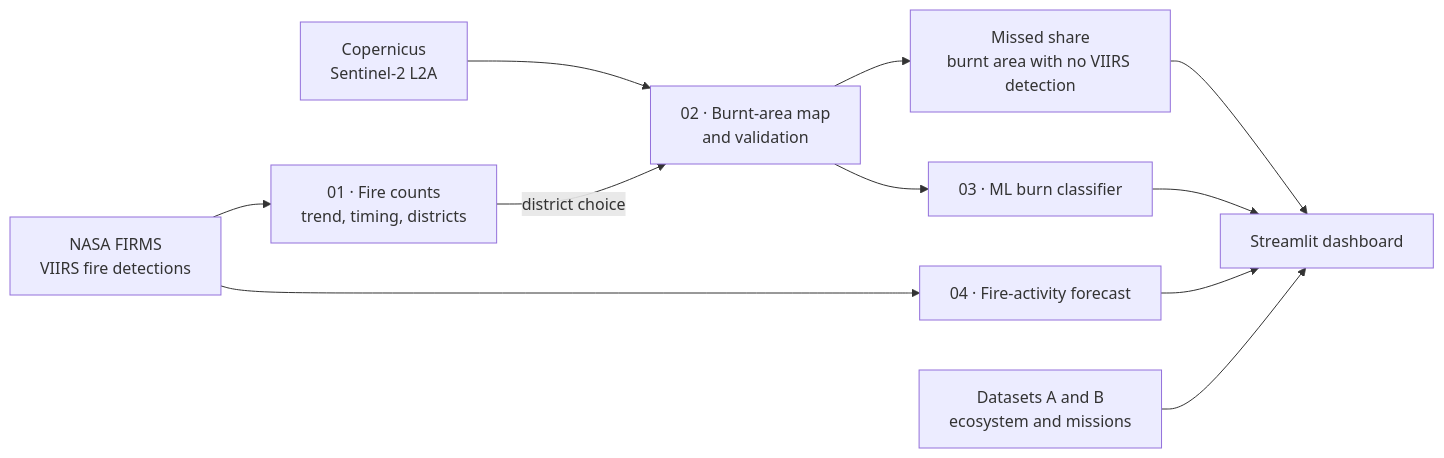
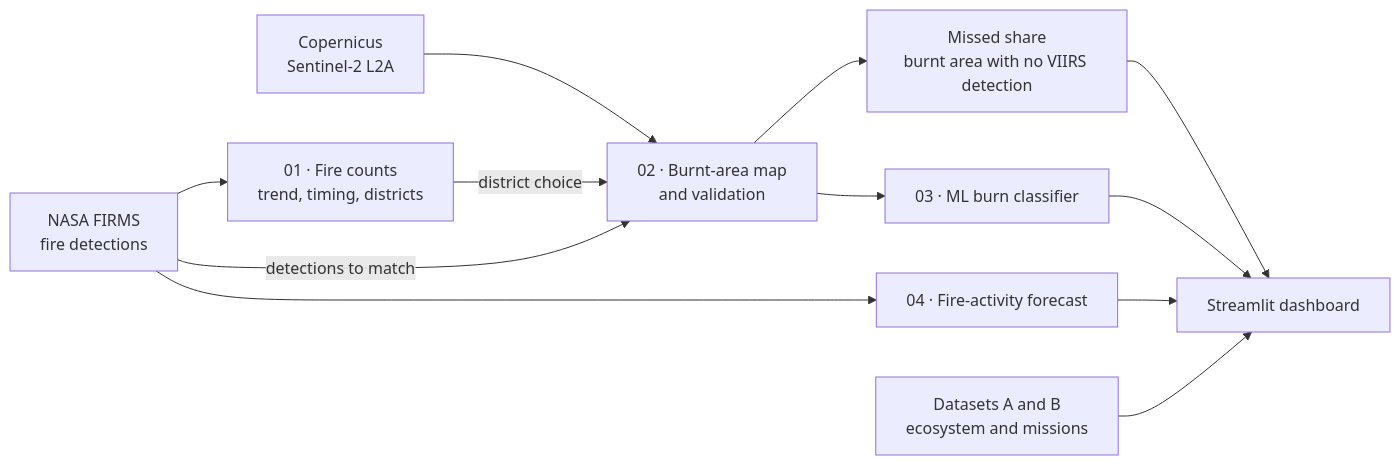
Before and after one commit to Panther2010/India-Space-Mission-Intelligence: the diagram in README.md, drawn with Mermaid. The commit also changed other lines of this file and 8 other files, not shown here.

````diff
--- a/README.md
+++ b/README.md
@@ -34,13 +34,14 @@
 ```mermaid
 flowchart LR
-    firms["NASA FIRMS<br/>VIIRS fire detections"] --> nb1["01 · Fire counts<br/>trend, timing, districts"]
+    firms["NASA FIRMS<br/>fire detections"] --> nb1["01 · Fire counts<br/>trend, timing, districts"]
     s2["Copernicus<br/>Sentinel-2 L2A"] --> nb2["02 · Burnt-area map<br/>and validation"]
     nb1 -- "district choice" --> nb2
+    firms -- "detections to match" --> nb2
     nb2 --> missed["Missed share<br/>burnt area with no VIIRS detection"]
     nb2 --> nb3["03 · ML burn classifier"]
     firms --> nb4["04 · Fire-activity forecast"]
     missed --> dash["Streamlit dashboard"]
     nb3 --> dash
     nb4 --> dash
     research["Datasets A and B<br/>ecosystem and missions"] --> dash
 ```
````
